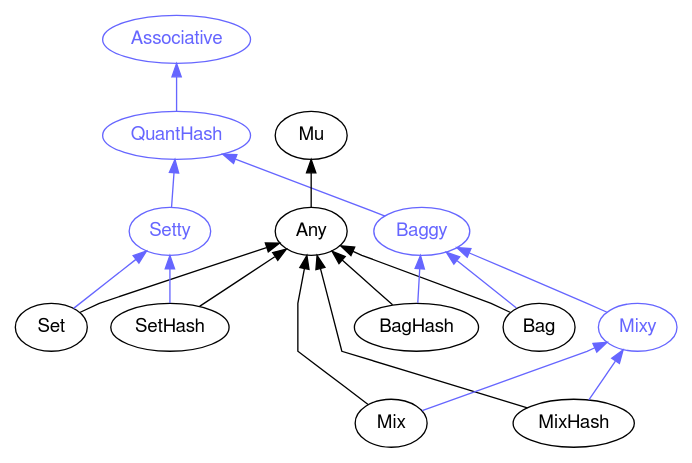
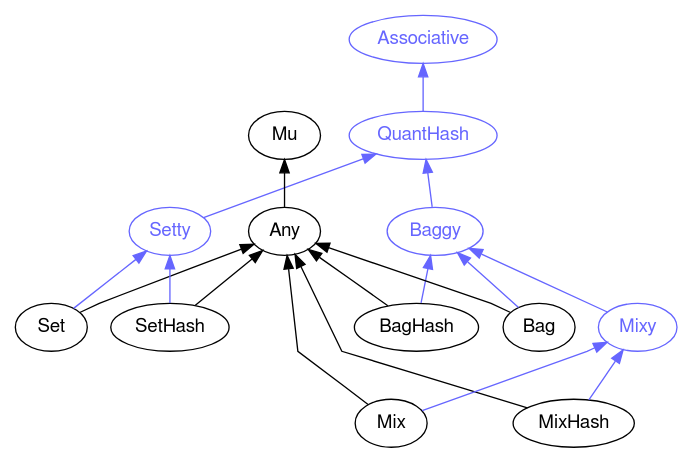
One commit to perl6docs/perl6docs.github.io changed the diagram in images/type-graph-QuantHash.svg.dot. Above: the diagram before and after it, drawn with Graphviz. The commit also changed other lines of this file and 4486 other files, not shown here.

```diff
--- a/images/type-graph-QuantHash.svg.dot
+++ b/images/type-graph-QuantHash.svg.dot
@@ -1,40 +1,40 @@
 digraph "perl6-type-graph" {
     rankdir=BT;
     splines=polyline;
     overlap=false; 
     // Types
     "QuantHash" [color="#6666FF", fontcolor="#6666FF", href="/type/QuantHash", fontname="FreeSans"];
     "Associative" [color="#6666FF", fontcolor="#6666FF", href="/type/Associative", fontname="FreeSans"];
+    "Baggy" [color="#6666FF", fontcolor="#6666FF", href="/type/Baggy", fontname="FreeSans"];
     "Setty" [color="#6666FF", fontcolor="#6666FF", href="/type/Setty", fontname="FreeSans"];
-    "Baggy" [color="#6666FF", fontcolor="#6666FF", href="/type/Baggy", fontname="FreeSans"];
     "Mu" [color="#000000", fontcolor="#000000", href="/type/Mu", fontname="FreeSans"];
     "Any" [color="#000000", fontcolor="#000000", href="/type/Any", fontname="FreeSans"];
+    "BagHash" [color="#000000", fontcolor="#000000", href="/type/BagHash", fontname="FreeSans"];
+    "Mixy" [color="#6666FF", fontcolor="#6666FF", href="/type/Mixy", fontname="FreeSans"];
+    "Bag" [color="#000000", fontcolor="#000000", href="/type/Bag", fontname="FreeSans"];
     "Set" [color="#000000", fontcolor="#000000", href="/type/Set", fontname="FreeSans"];
     "SetHash" [color="#000000", fontcolor="#000000", href="/type/SetHash", fontname="FreeSans"];
-    "Bag" [color="#000000", fontcolor="#000000", href="/type/Bag", fontname="FreeSans"];
-    "BagHash" [color="#000000", fontcolor="#000000", href="/type/BagHash", fontname="FreeSans"];
-    "Mixy" [color="#6666FF", fontcolor="#6666FF", href="/type/Mixy", fontname="FreeSans"];
     "MixHash" [color="#000000", fontcolor="#000000", href="/type/MixHash", fontname="FreeSans"];
     "Mix" [color="#000000", fontcolor="#000000", href="/type/Mix", fontname="FreeSans"];
 
     // Superclasses
     "Any" -> "Mu" [color="#000000"];
+    "BagHash" -> "Any" [color="#000000"];
+    "Bag" -> "Any" [color="#000000"];
     "Set" -> "Any" [color="#000000"];
     "SetHash" -> "Any" [color="#000000"];
-    "Bag" -> "Any" [color="#000000"];
-    "BagHash" -> "Any" [color="#000000"];
     "MixHash" -> "Any" [color="#000000"];
     "Mix" -> "Any" [color="#000000"];
 
     // Roles
     "QuantHash" -> "Associative" [color="#6666FF"];
+    "Baggy" -> "QuantHash" [color="#6666FF"];
     "Setty" -> "QuantHash" [color="#6666FF"];
-    "Baggy" -> "QuantHash" [color="#6666FF"];
+    "BagHash" -> "Baggy" [color="#6666FF"];
+    "Mixy" -> "Baggy" [color="#6666FF"];
+    "Bag" -> "Baggy" [color="#6666FF"];
     "Set" -> "Setty" [color="#6666FF"];
     "SetHash" -> "Setty" [color="#6666FF"];
-    "Bag" -> "Baggy" [color="#6666FF"];
-    "BagHash" -> "Baggy" [color="#6666FF"];
-    "Mixy" -> "Baggy" [color="#6666FF"];
     "MixHash" -> "Mixy" [color="#6666FF"];
     "Mix" -> "Mixy" [color="#6666FF"];
 }
```
